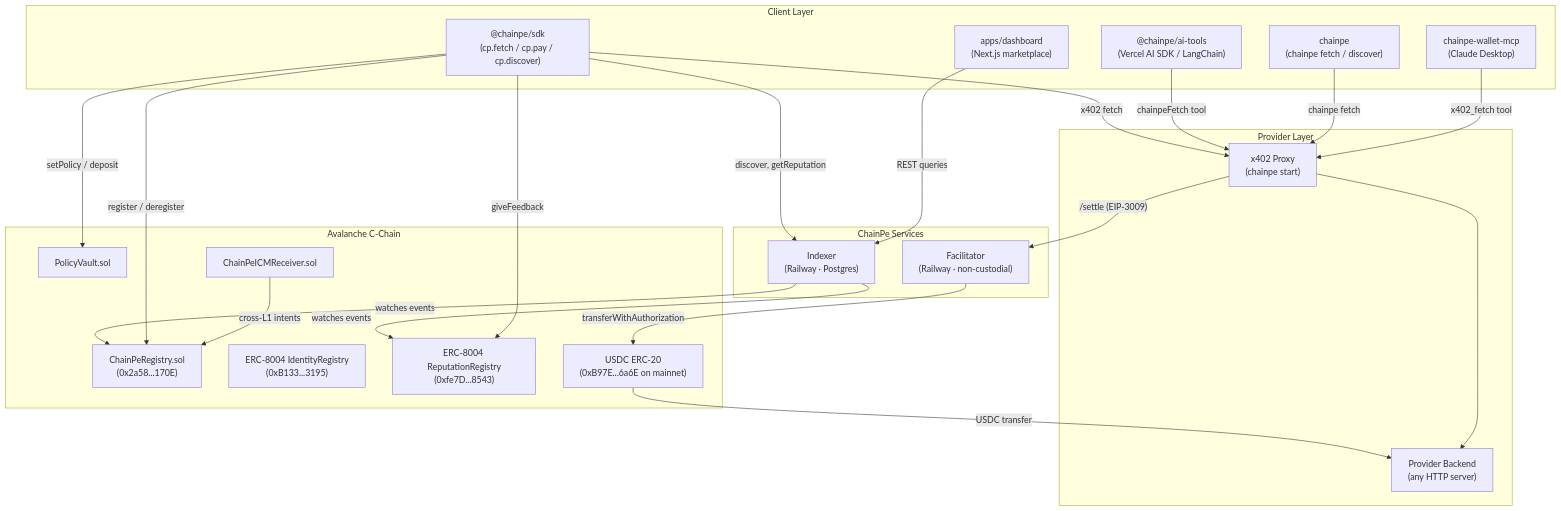
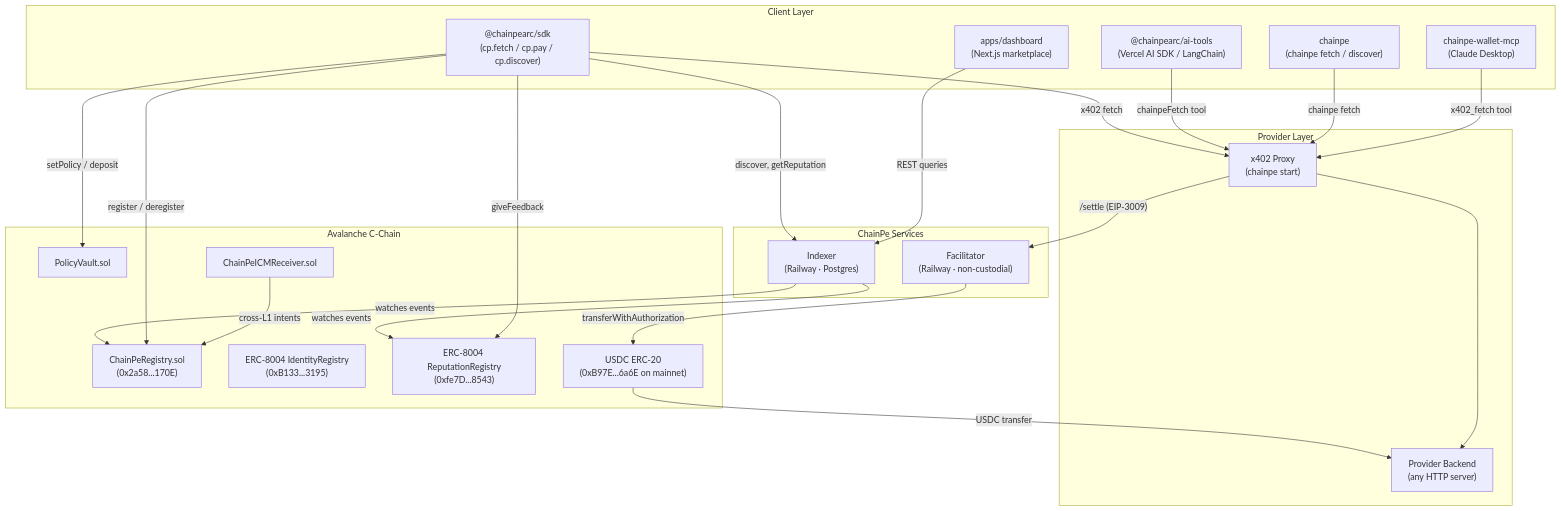
One commit to SamyaDeb/ChainPe changed the first of 2 diagrams in apps/landing/content/docs/architecture/overview.md. Above: the diagram before and after it, drawn with Mermaid. The commit also changed other lines of this file and 130 other files, not shown here.

````diff
--- a/apps/landing/content/docs/architecture/overview.md
+++ b/apps/landing/content/docs/architecture/overview.md
@@ -13,51 +13,51 @@
 ```mermaid
 graph TB
     subgraph "Client Layer"
-        SDK["@chainpe/sdk\n(cp.fetch / cp.pay / cp.discover)"]
-        AITOOLS["@chainpe/ai-tools\n(Vercel AI SDK / LangChain)"]
+        SDK["@chainpearc/sdk\n(cp.fetch / cp.pay / cp.discover)"]
+        AITOOLS["@chainpearc/ai-tools\n(Vercel AI SDK / LangChain)"]
         CLI["chainpe\n(chainpe fetch / discover)"]
         MCP["chainpe-wallet-mcp\n(Claude Desktop)"]
         DASH["apps/dashboard\n(Next.js marketplace)"]
     end
 
     subgraph "Provider Layer"
         PROXY["x402 Proxy\n(chainpe start)"]
         BACKEND["Provider Backend\n(any HTTP server)"]
     end
 
     subgraph "ChainPe Services"
         FAC["Facilitator\n(Railway · non-custodial)"]
         IDX["Indexer\n(Railway · Postgres)"]
     end
 
     subgraph "Avalanche C-Chain"
         REG["ChainPeRegistry.sol\n(0x2a58...170E)"]
         PV["PolicyVault.sol"]
         ID8["ERC-8004 IdentityRegistry\n(0xB133...3195)"]
         REP8["ERC-8004 ReputationRegistry\n(0xfe7D...8543)"]
         USDC["USDC ERC-20\n(0xB97E...6a6E on mainnet)"]
         ICM["ChainPeICMReceiver.sol"]
     end
 
     SDK -->|"x402 fetch"| PROXY
     AITOOLS -->|"chainpeFetch tool"| PROXY
     CLI -->|"chainpe fetch"| PROXY
     MCP -->|"x402_fetch tool"| PROXY
 
     PROXY -->|"/settle (EIP-3009)"| FAC
     FAC -->|"transferWithAuthorization"| USDC
     USDC -->|"USDC transfer"| BACKEND
 
     PROXY --> BACKEND
 
     SDK -->|"discover, getReputation"| IDX
     DASH -->|"REST queries"| IDX
     IDX -->|"watches events"| REG
     IDX -->|"watches events"| REP8
 
     SDK -->|"register / deregister"| REG
     SDK -->|"giveFeedback"| REP8
     SDK -->|"setPolicy / deposit"| PV
 
     ICM -->|"cross-L1 intents"| REG
 ```
````
